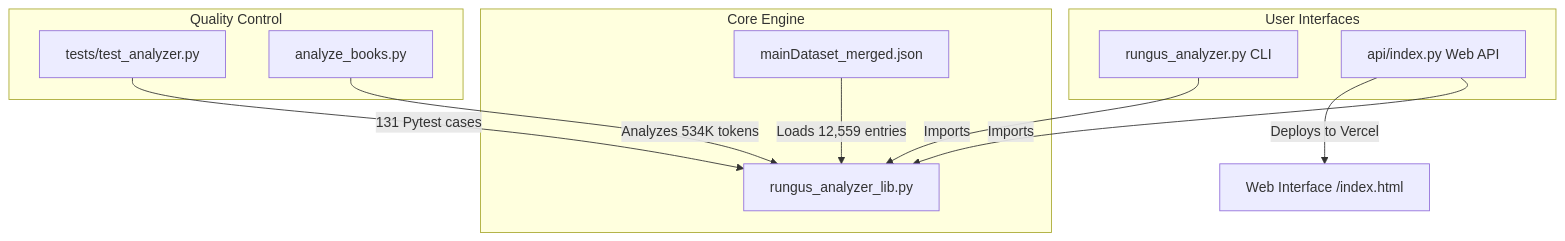
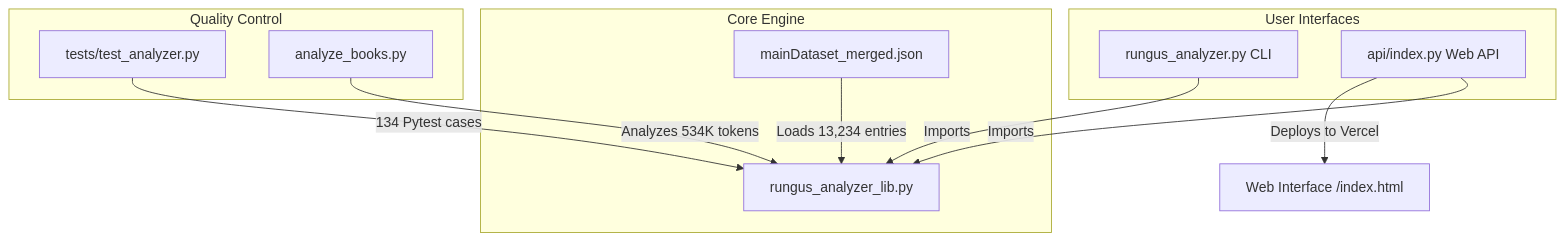
Before and after one commit to vellvient/RungusAnalyzer: the diagram in README.md, drawn with Mermaid. The commit also changed other lines of this file and 1 other file, not shown here.

````diff
--- a/README.md
+++ b/README.md
@@ -27,19 +27,19 @@
 ```mermaid
 graph TD
     subgraph Core Engine
         Lib[rungus_analyzer_lib.py]
-        Dict[mainDataset_merged.json] -->|Loads 12,559 entries| Lib
+        Dict[mainDataset_merged.json] -->|Loads 13,234 entries| Lib
     end
 
     subgraph User Interfaces
         CLI[rungus_analyzer.py CLI] -->|Imports| Lib
         API[api/index.py Web API] -->|Imports| Lib
     end
 
     subgraph Quality Control
-        Tests[tests/test_analyzer.py] -->|131 Pytest cases| Lib
+        Tests[tests/test_analyzer.py] -->|134 Pytest cases| Lib
         Corpus[analyze_books.py] -->|Analyzes 534K tokens| Lib
     end
     
     API -->|Deploys to Vercel| Web[Web Interface /index.html]
 ```
````
